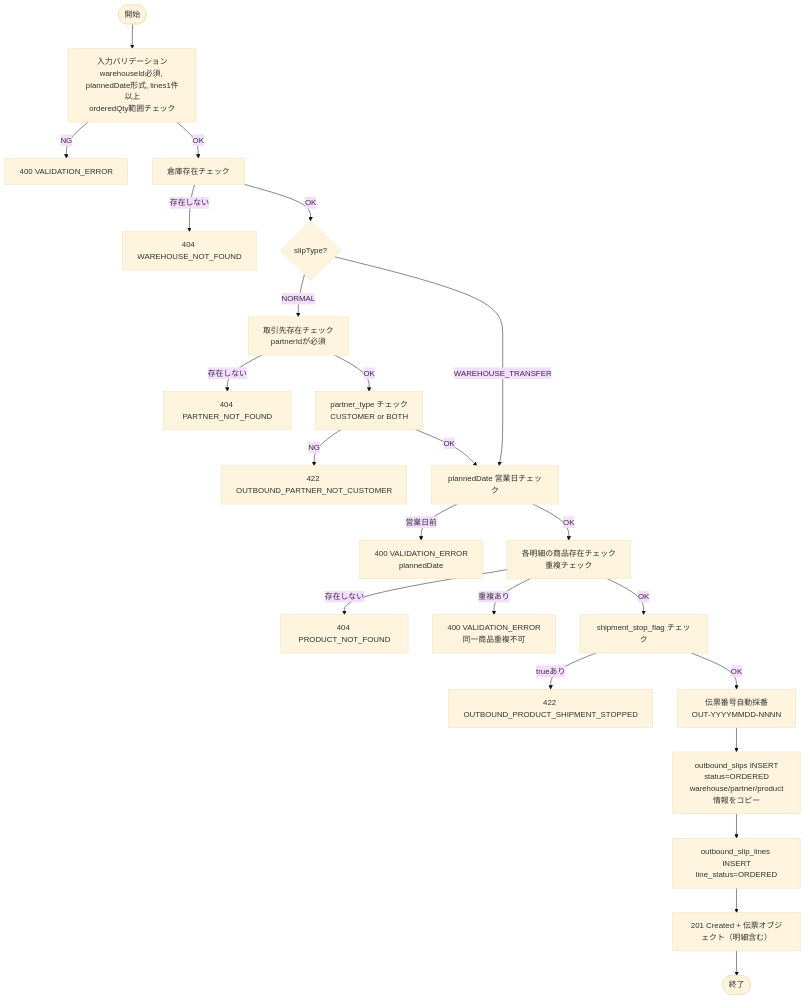
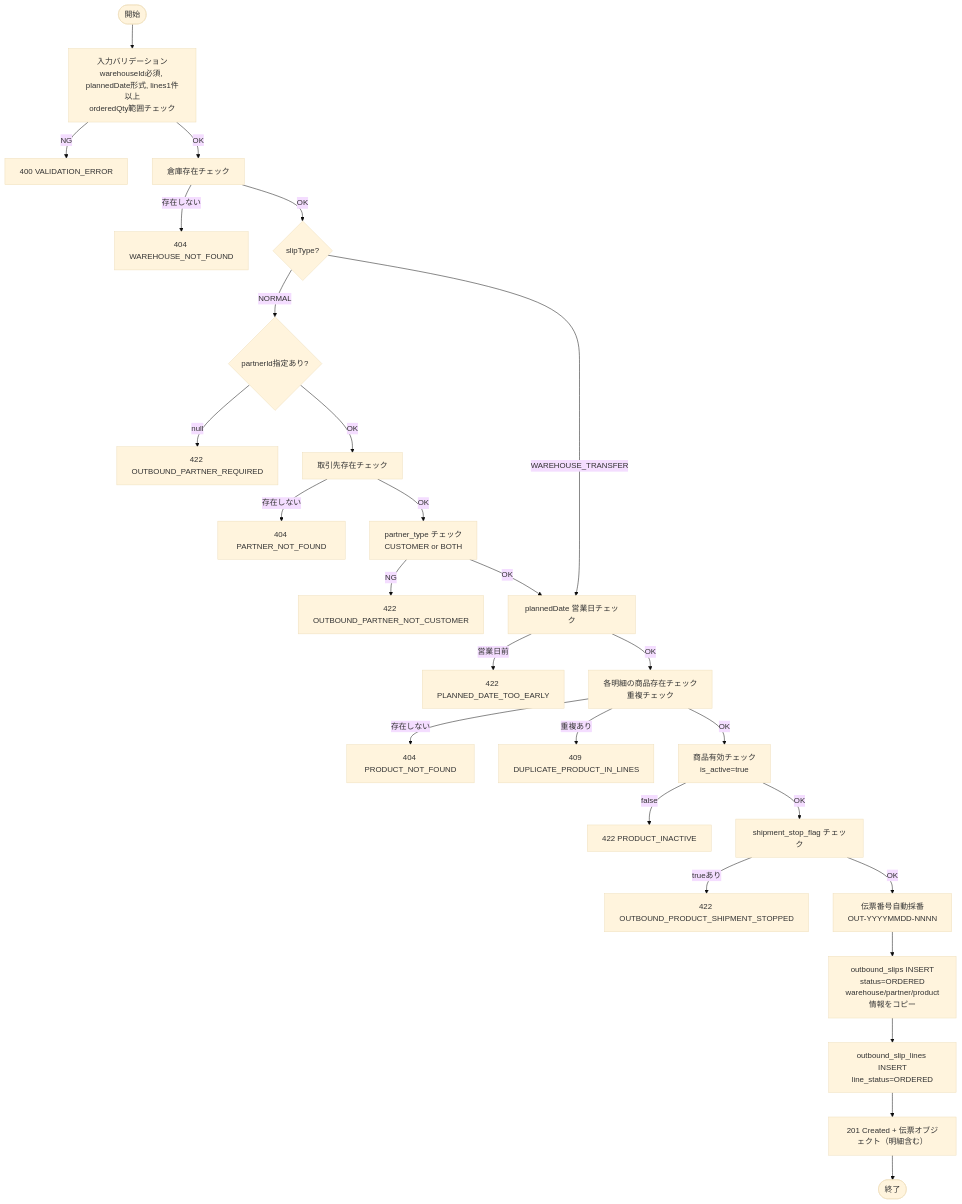
One commit to hidefumiagata/wms changed the fourth of 13 diagrams in docs/functional-design/API-08-outbound.md. Above: the diagram before and after it, drawn with Mermaid (base theme). The commit also changed other lines of this file and 5 other files, not shown here.

First line of the commit message:
fix: ビジネスルール系バリデーションのエラーコードを具体化し422に統一 / Replace generic VALIDATION_ERROR with specific error codes for business rule violations (422)

````diff
--- a/docs/functional-design/API-08-outbound.md
+++ b/docs/functional-design/API-08-outbound.md
@@ -309,25 +313,29 @@
 ```mermaid
 flowchart TD
     START([開始]) --> VALIDATE[入力バリデーション\nwarehouseId必須, plannedDate形式, lines1件以上\norderedQty範囲チェック]
     VALIDATE -->|NG| ERR_VAL[400 VALIDATION_ERROR]
     VALIDATE -->|OK| CHECK_WH[倉庫存在チェック]
     CHECK_WH -->|存在しない| ERR_WH[404 WAREHOUSE_NOT_FOUND]
     CHECK_WH -->|OK| CHECK_TYPE{slipType?}
-    CHECK_TYPE -->|NORMAL| CHECK_PARTNER[取引先存在チェック\npartnerIdが必須]
+    CHECK_TYPE -->|NORMAL| CHECK_PARTNER_ID{partnerId指定あり?}
     CHECK_TYPE -->|WAREHOUSE_TRANSFER| CHECK_DATE[plannedDate 営業日チェック]
+    CHECK_PARTNER_ID -->|null| ERR_PAR_REQ[422 OUTBOUND_PARTNER_REQUIRED]
+    CHECK_PARTNER_ID -->|OK| CHECK_PARTNER[取引先存在チェック]
     CHECK_PARTNER -->|存在しない| ERR_PAR[404 PARTNER_NOT_FOUND]
     CHECK_PARTNER -->|OK| CHECK_PARTNER_TYPE[partner_type チェック\nCUSTOMER or BOTH]
     CHECK_PARTNER_TYPE -->|NG| ERR_PAR_TYPE[422 OUTBOUND_PARTNER_NOT_CUSTOMER]
     CHECK_PARTNER_TYPE -->|OK| CHECK_DATE
-    CHECK_DATE -->|営業日前| ERR_DATE[400 VALIDATION_ERROR\nplannedDate]
+    CHECK_DATE -->|営業日前| ERR_DATE[422 PLANNED_DATE_TOO_EARLY]
     CHECK_DATE -->|OK| CHECK_PRODUCTS[各明細の商品存在チェック\n重複チェック]
     CHECK_PRODUCTS -->|存在しない| ERR_PRD[404 PRODUCT_NOT_FOUND]
-    CHECK_PRODUCTS -->|重複あり| ERR_DUP[400 VALIDATION_ERROR\n同一商品重複不可]
-    CHECK_PRODUCTS -->|OK| CHECK_SHIPMENT_STOP[shipment_stop_flag チェック]
+    CHECK_PRODUCTS -->|重複あり| ERR_DUP[409 DUPLICATE_PRODUCT_IN_LINES]
+    CHECK_PRODUCTS -->|OK| CHECK_ACTIVE[商品有効チェック\nis_active=true]
+    CHECK_ACTIVE -->|false| ERR_INACTIVE[422 PRODUCT_INACTIVE]
+    CHECK_ACTIVE -->|OK| CHECK_SHIPMENT_STOP[shipment_stop_flag チェック]
     CHECK_SHIPMENT_STOP -->|trueあり| ERR_STOP[422 OUTBOUND_PRODUCT_SHIPMENT_STOPPED]
     CHECK_SHIPMENT_STOP -->|OK| GEN_SLIP_NUM[伝票番号自動採番\nOUT-YYYYMMDD-NNNN]
     GEN_SLIP_NUM --> INSERT_SLIP[outbound_slips INSERT\nstatus=ORDERED\nwarehouse/partner/product情報をコピー]
     INSERT_SLIP --> INSERT_LINES[outbound_slip_lines INSERT\nline_status=ORDERED]
     INSERT_LINES --> RESP[201 Created + 伝票オブジェクト（明細含む）]
     RESP --> END([終了])
 ```
````
